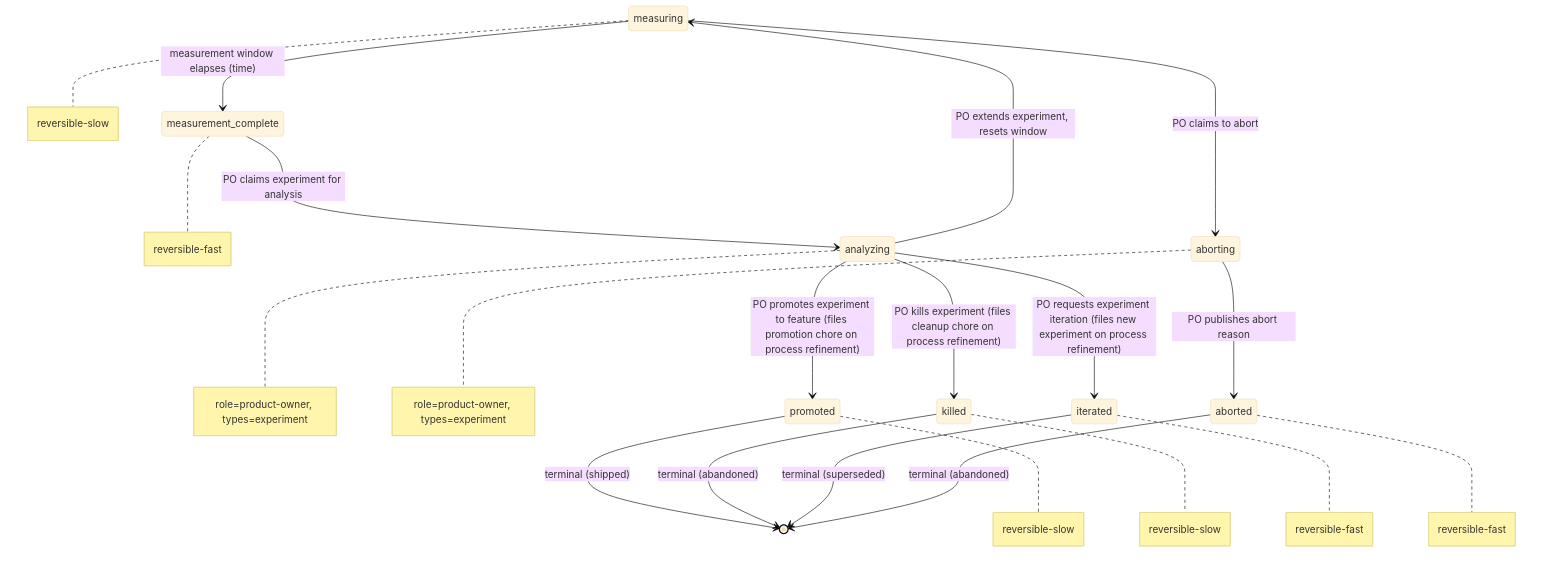
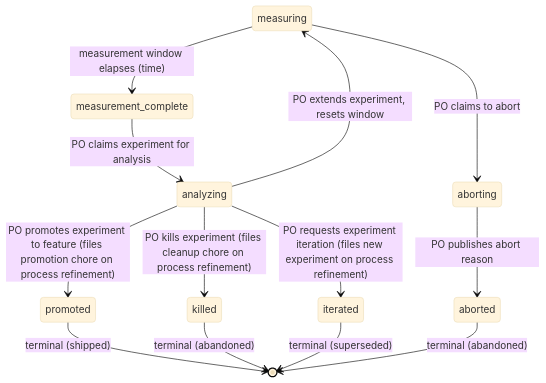
One commit to blemees/blemees-workflow changed the diagram in examples/workflows/experimentation.md. Above: the diagram before and after it, drawn with Mermaid (base theme). The commit also changed 51 other files, not shown here.

````diff
--- a/examples/workflows/experimentation.md
+++ b/examples/workflows/experimentation.md
@@ -11,24 +13,16 @@
 ```mermaid
 stateDiagram-v2
+    direction TB
     measuring --> measurement_complete: measurement window elapses (time)
     measuring --> aborting: PO claims to abort
     aborting --> aborted: PO publishes abort reason
     measurement_complete --> analyzing: PO claims experiment for analysis
     analyzing --> measuring: PO extends experiment, resets window
     analyzing --> promoted: PO promotes experiment to feature (files promotion chore on process refinement)
     analyzing --> killed: PO kills experiment (files cleanup chore on process refinement)
     analyzing --> iterated: PO requests experiment iteration (files new experiment on process refinement)
     promoted --> [*]: terminal (shipped)
     killed --> [*]: terminal (abandoned)
     iterated --> [*]: terminal (superseded)
     aborted --> [*]: terminal (abandoned)
-
-    note right of measuring: reversible-slow
-    note right of measurement_complete: reversible-fast
-    note right of analyzing: role=product-owner, types=experiment
-    note right of aborting: role=product-owner, types=experiment
-    note right of promoted: reversible-slow
-    note right of killed: reversible-slow
-    note right of iterated: reversible-fast
-    note right of aborted: reversible-fast
 ```
````
